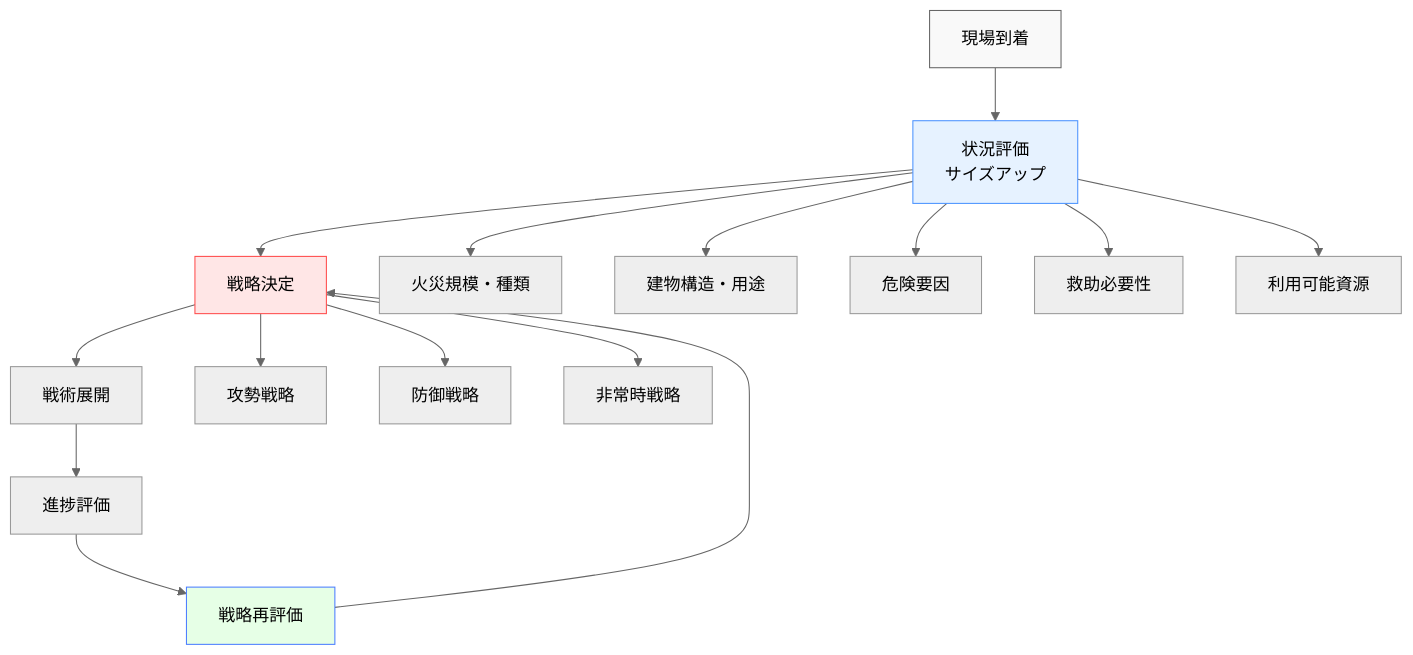
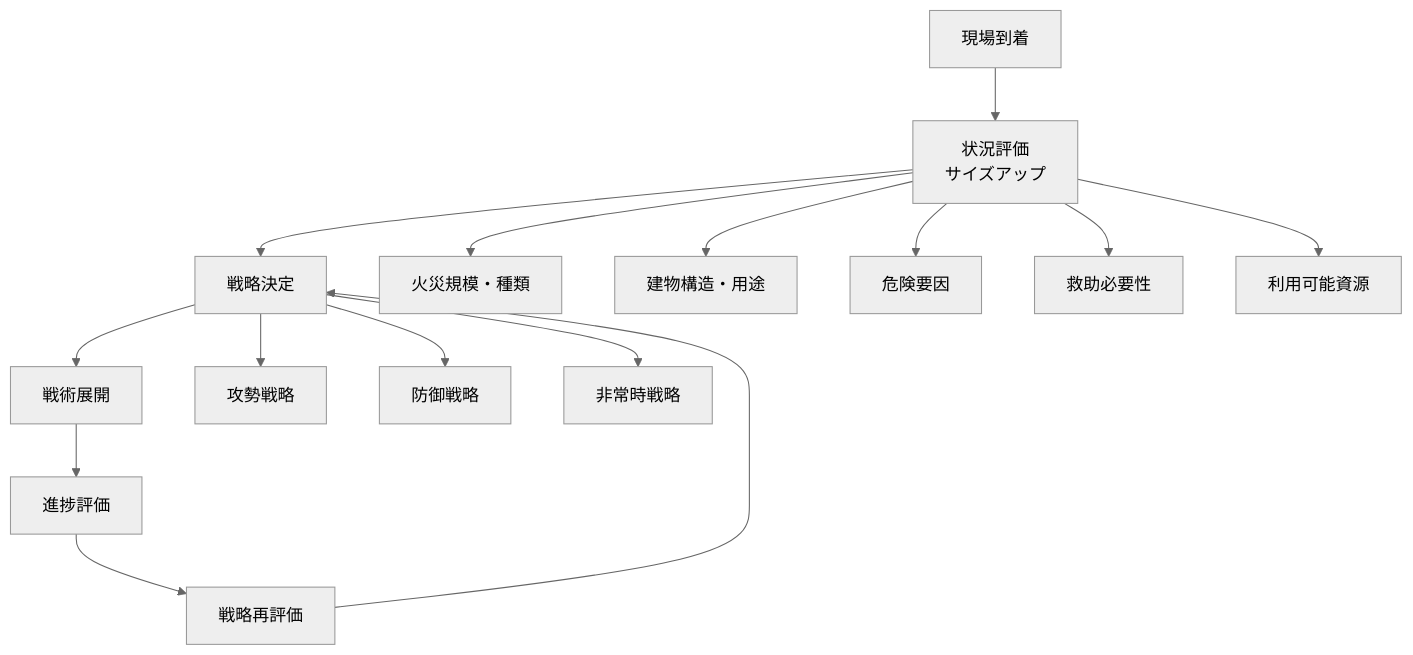
One commit to shuji-bonji/Situational-Awareness-and-Decision-Making changed the fourth of 11 diagrams in docs/applications/emergency-dm.md. Above: the diagram before and after it, drawn with Mermaid (neutral theme). The commit also changed other lines of this file and 49 other files, not shown here.

Commit message:
fix: ダークモードで見づらい図の色の変更

````diff
--- a/docs/applications/emergency-dm.md
+++ b/docs/applications/emergency-dm.md
@@ -162,24 +162,24 @@
     ```mermaid
     graph TD
         A[現場到着] --> B[状況評価<br>サイズアップ]
         B --> C[戦略決定]
         C --> D[戦術展開]
         D --> E[進捗評価]
         E --> F[戦略再評価]
         F --> C
         
         B --> B1[火災規模・種類]
         B --> B2[建物構造・用途]
         B --> B3[危険要因]
         B --> B4[救助必要性]
         B --> B5[利用可能資源]
         
         C --> C1[攻勢戦略]
         C --> C2[防御戦略]
         C --> C3[非常時戦略]
         
-        style A fill:#f9f9f9,stroke:#666
-        style B fill:#e6f2ff,stroke:#4d94ff
-        style C fill:#ffe6e6,stroke:#ff4d4d
-        style F fill:#e6ffe6,stroke:#4d7fff
+    
+    
+    
+    
     ```
````
